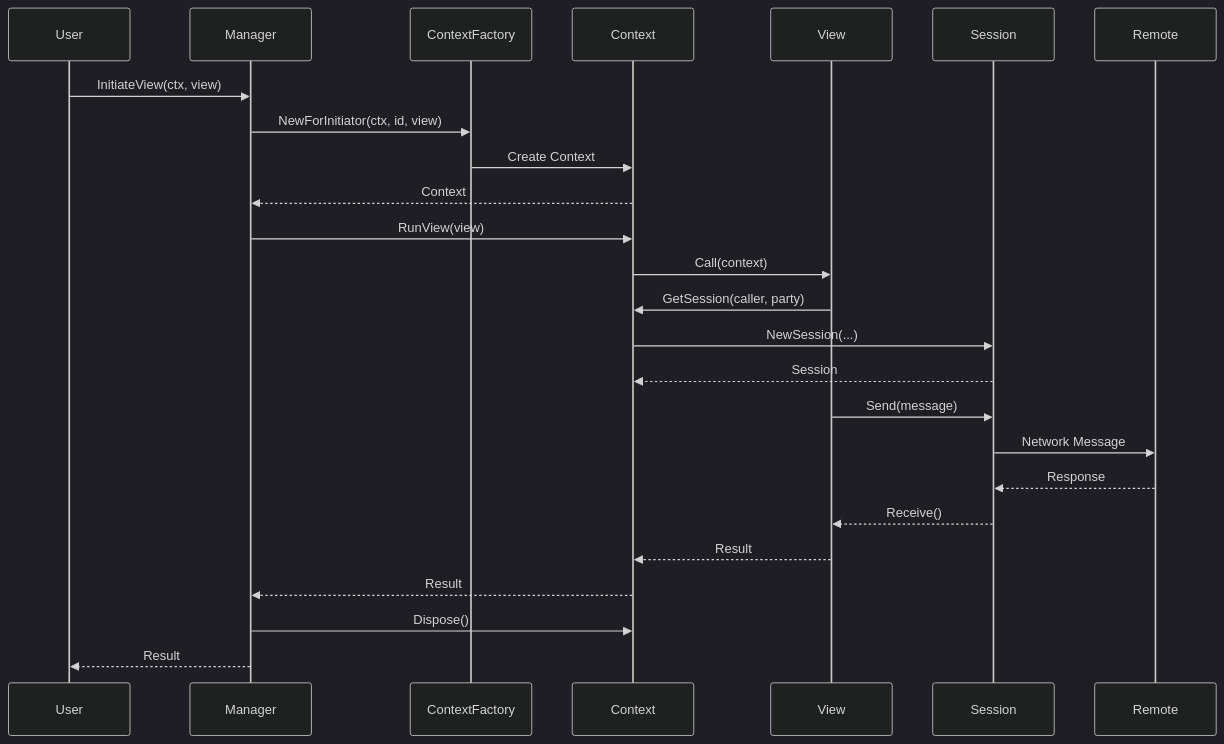
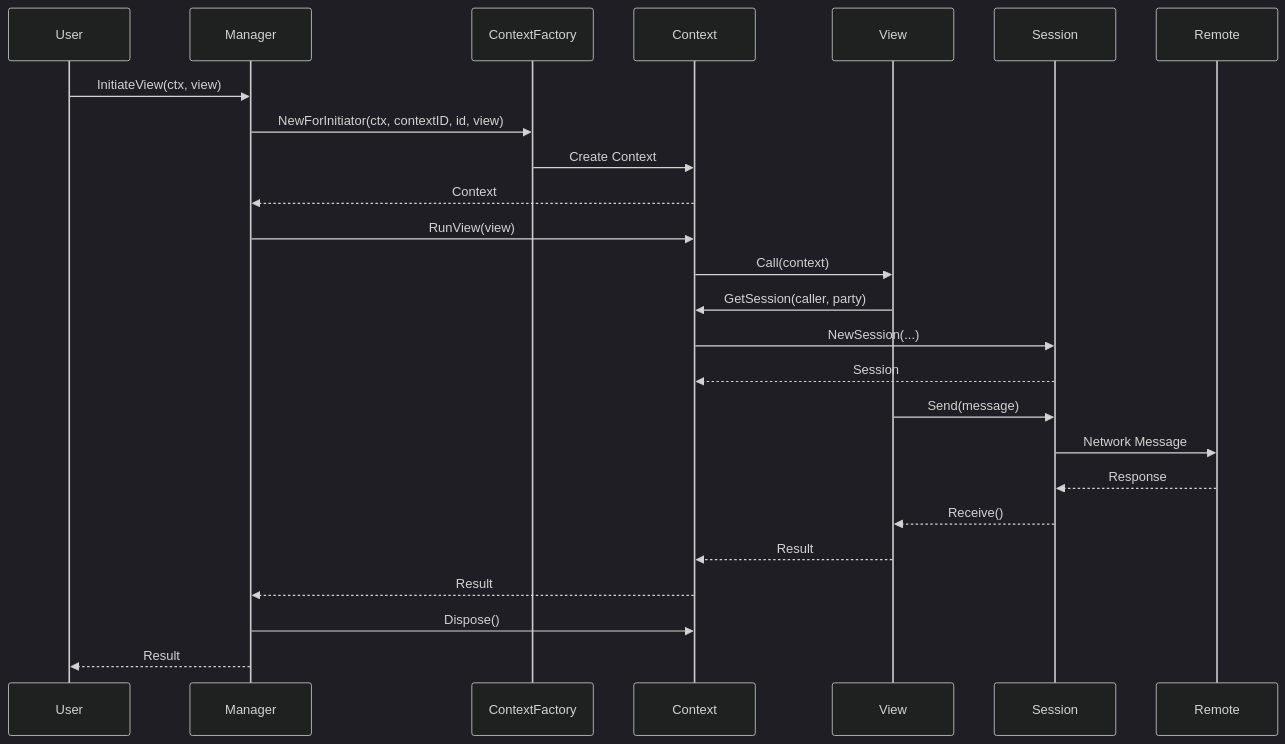
Before and after one commit to hyperledger-labs/fabric-smart-client: the second of 4 diagrams in docs/platform/view/services/view-service.md, drawn with Mermaid (dark theme). The commit also changed other lines of this file and 33 other files, not shown here.

````diff
--- a/docs/platform/view/services/view-service.md
+++ b/docs/platform/view/services/view-service.md
@@ -144,32 +144,32 @@
 ```mermaid
 sequenceDiagram
     participant User
     participant Manager
     participant ContextFactory
     participant Context
     participant View
     participant Session
     participant Remote
 
     User->>Manager: InitiateView(ctx, view)
-    Manager->>ContextFactory: NewForInitiator(ctx, id, view)
+    Manager->>ContextFactory: NewForInitiator(ctx, contextID, id, view)
     ContextFactory->>Context: Create Context
     Context-->>Manager: Context
     Manager->>Context: RunView(view)
     Context->>View: Call(context)
     
     View->>Context: GetSession(caller, party)
     Context->>Session: NewSession(...)
     Session-->>Context: Session
     
     View->>Session: Send(message)
     Session->>Remote: Network Message
     
     Remote-->>Session: Response
     Session-->>View: Receive()
     
     View-->>Context: Result
     Context-->>Manager: Result
     Manager->>Context: Dispose()
     Manager-->>User: Result
 ```
````
